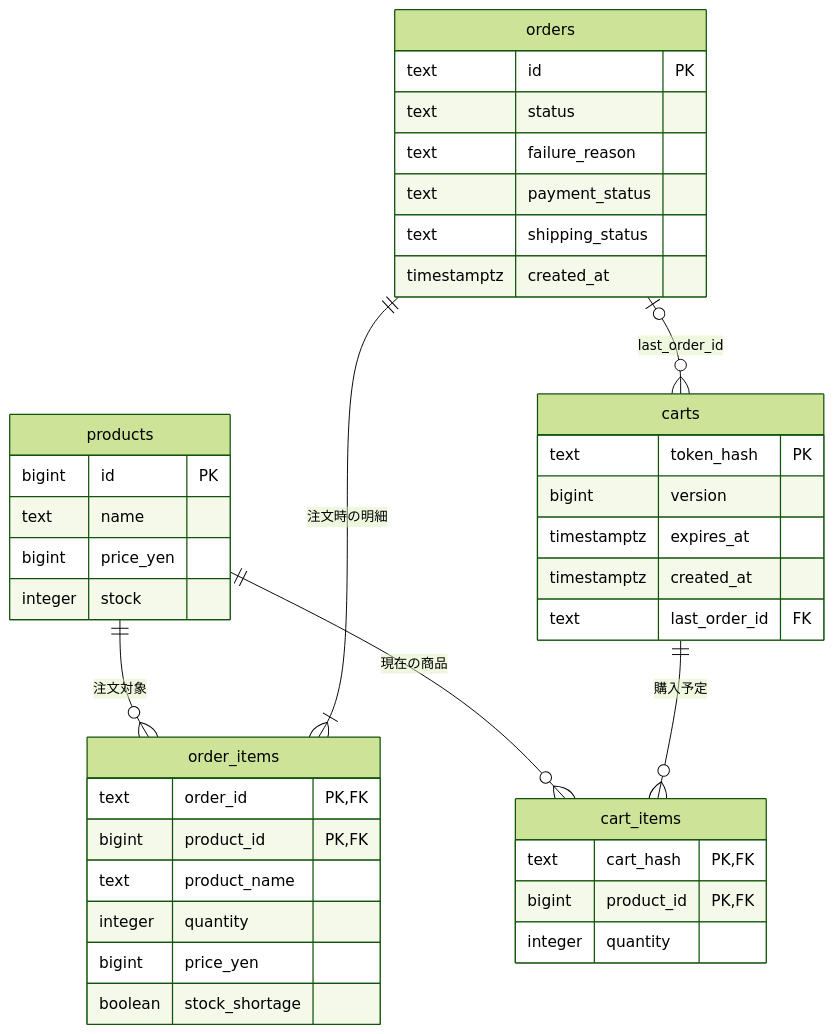
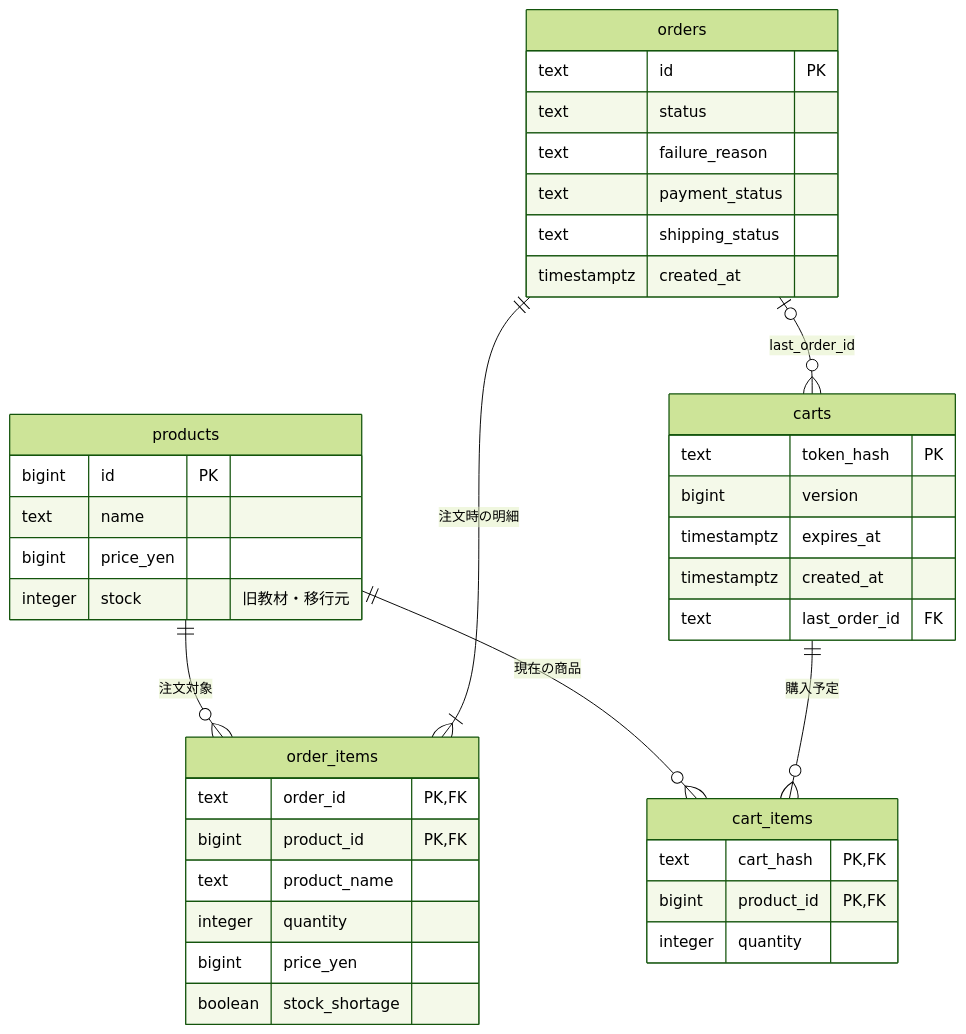
Before and after one commit to tokatu4561/ec-microservice: the diagram in docs/data-model.md, drawn with Mermaid (forest theme). The commit also changed other lines of this file and 87 other files, not shown here.

````diff
--- a/docs/data-model.md
+++ b/docs/data-model.md
@@ -3,42 +3,42 @@
 ```mermaid
 erDiagram
     products ||--o{ cart_items : "現在の商品"
     carts ||--o{ cart_items : "購入予定"
     products ||--o{ order_items : "注文対象"
     orders ||--|{ order_items : "注文時の明細"
     orders o|--o{ carts : "last_order_id"
     products {
         bigint id PK
         text name
         bigint price_yen
-        integer stock
+        integer stock "旧教材・移行元"
     }
     carts {
         text token_hash PK
         bigint version
         timestamptz expires_at
         timestamptz created_at
         text last_order_id FK
     }
     cart_items {
         text cart_hash PK,FK
         bigint product_id PK,FK
         integer quantity
     }
     orders {
         text id PK
         text status
         text failure_reason
         text payment_status
         text shipping_status
         timestamptz created_at
     }
     order_items {
         text order_id PK,FK
         bigint product_id PK,FK
         text product_name
         integer quantity
         bigint price_yen
         boolean stock_shortage
     }
 ```
````
